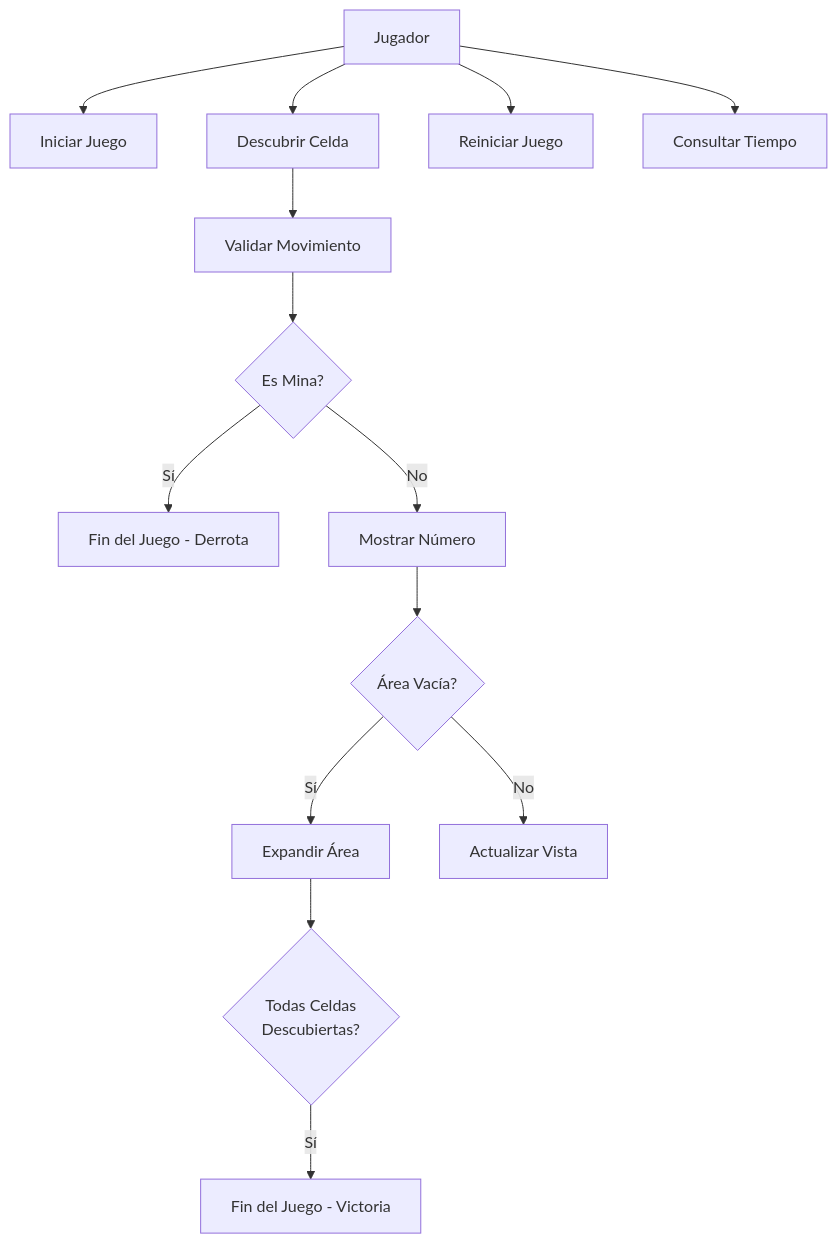
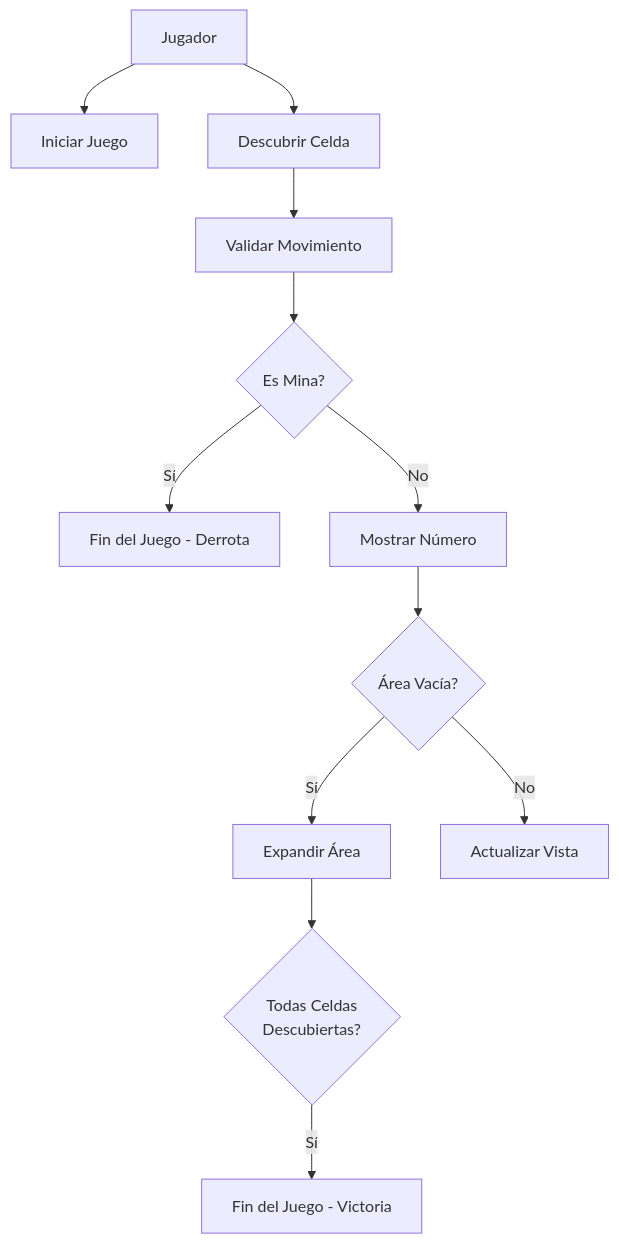
The first of 3 diagrams in ejemplos/Buscaminas/README.md (pum9-jpg/programacion-avanzada), drawn with Mermaid before and after one commit. The commit also changed other lines of this file, not shown here.

First line of the commit message:
Se actualizo los puntos de cada diagrama

````diff
--- a/ejemplos/Buscaminas/README.md
+++ b/ejemplos/Buscaminas/README.md
@@ -39,20 +39,18 @@
 ```mermaid
 graph TD
     A[Jugador] --> B[Iniciar Juego]
     A --> C[Descubrir Celda]
-    A --> E[Reiniciar Juego]
-    A --> F[Consultar Tiempo]
-    
+      
     C --> J[Validar Movimiento]
     J --> K{Es Mina?}
     K -->|Sí| L[Fin del Juego - Derrota]
     K -->|No| M[Mostrar Número]
     
     M --> N{Área Vacía?}
     N -->|Sí| O[Expandir Área]
     N -->|No| P[Actualizar Vista]
     
     O --> Q{Todas Celdas<br>Descubiertas?}
     Q -->|Sí| R[Fin del Juego - Victoria]
     
 ```
````
